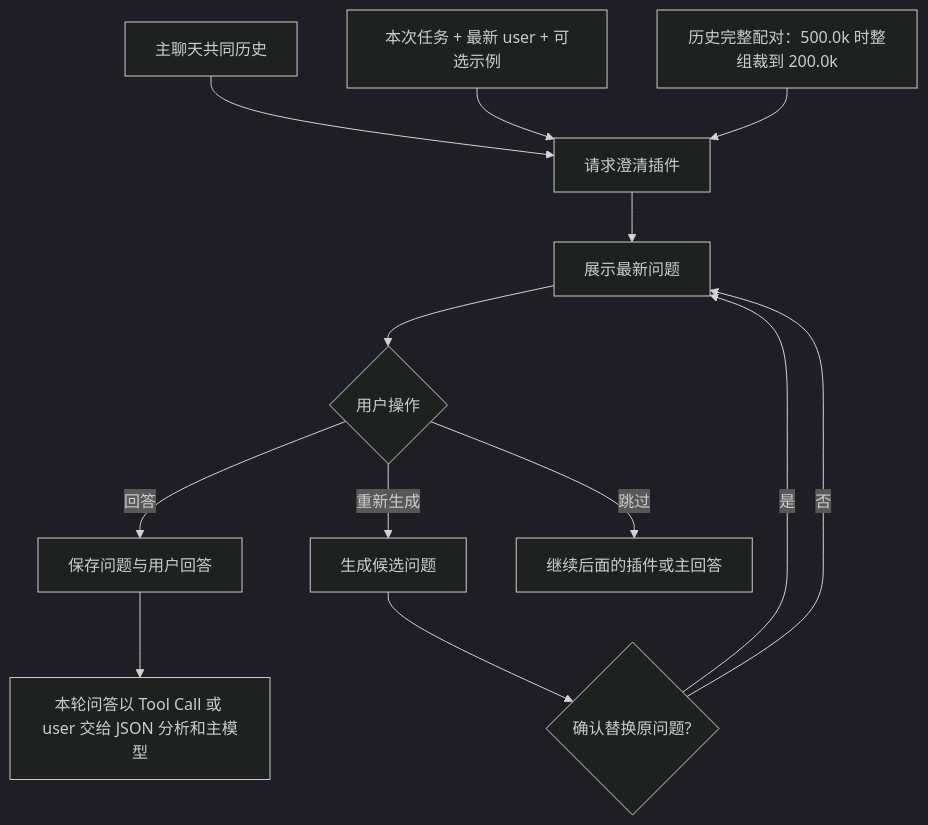
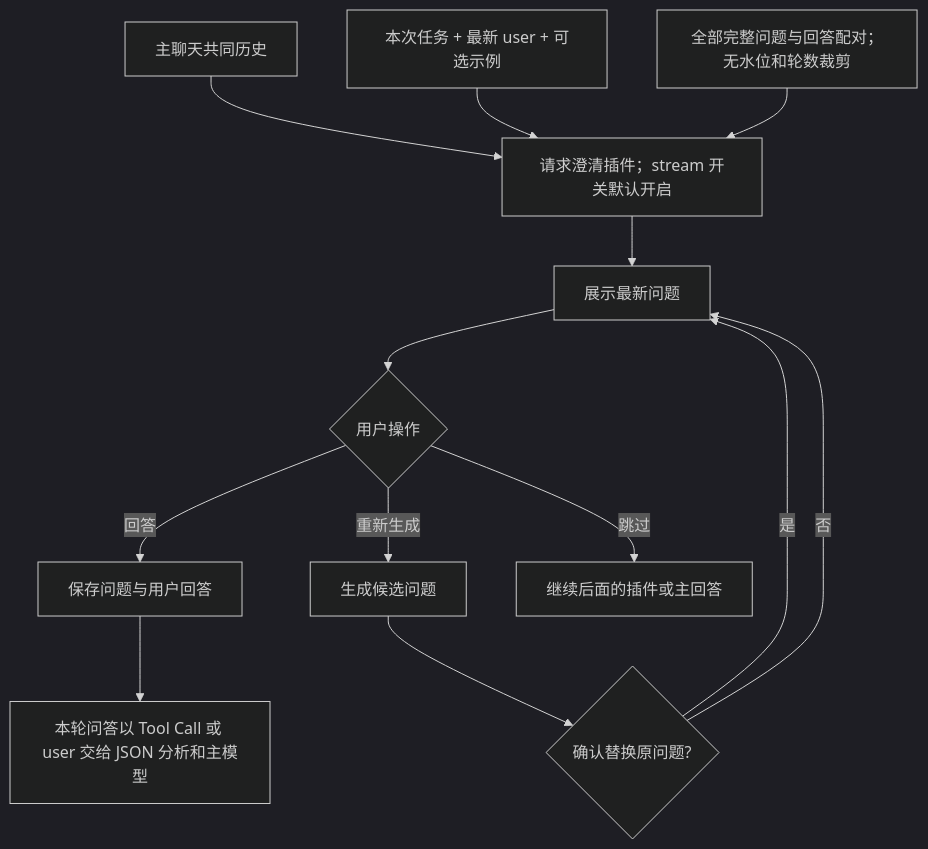
One commit to ccawmiku/workers-chat changed the fourth of 7 diagrams in docs/PLUGINS.md. Above: the diagram before and after it, drawn with Mermaid (dark theme). The commit also changed other lines of this file and 12 other files, not shown here.

````diff
--- a/docs/PLUGINS.md
+++ b/docs/PLUGINS.md
@@ -244,15 +246,15 @@
 ```mermaid
 flowchart TD
-    History[主聊天共同历史] --> Ask[请求澄清插件]
+    History[主聊天共同历史] --> Ask[请求澄清插件；stream 开关默认开启]
     Tail[本次任务 + 最新 user + 可选示例] --> Ask
-    Archive[历史完整配对：500.0k 时整组裁到 200.0k] --> Ask
+    Archive[全部完整问题与回答配对；无水位和轮数裁剪] --> Ask
     Ask --> Question[展示最新问题]
     Question --> Choice{用户操作}
     Choice -->|回答| Answer[保存问题与用户回答]
     Answer --> Inject[本轮问答以 Tool Call 或 user 交给 JSON 分析和主模型]
     Choice -->|重新生成| Candidate[生成候选问题]
     Candidate --> Confirm{确认替换原问题?}
     Confirm -->|是| Question
     Confirm -->|否| Question
     Choice -->|跳过| Next[继续后面的插件或主回答]
 ```
````
